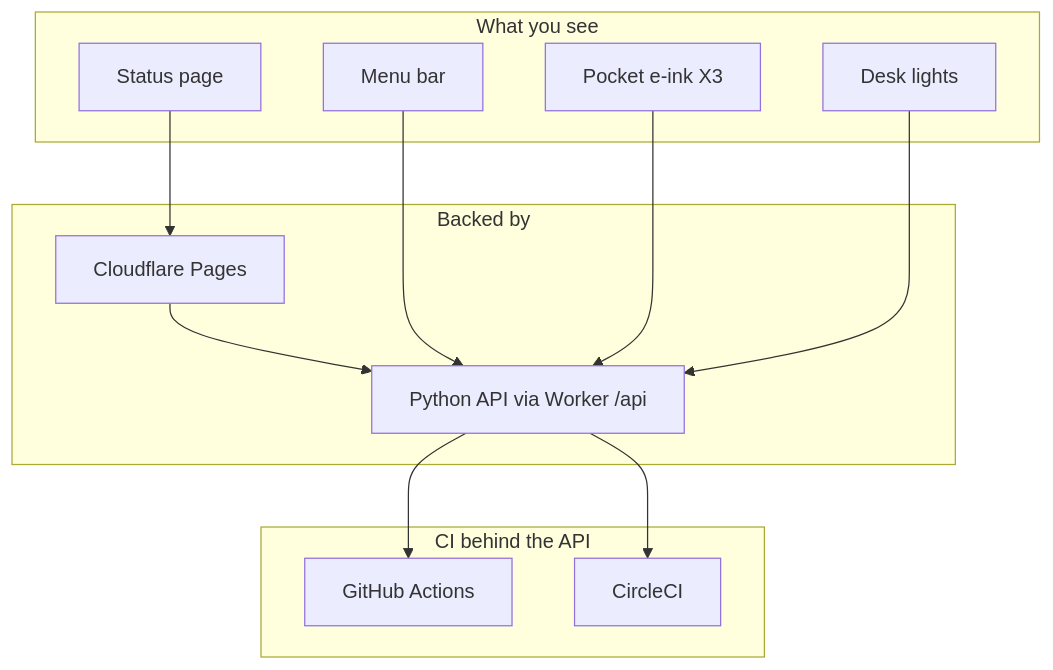
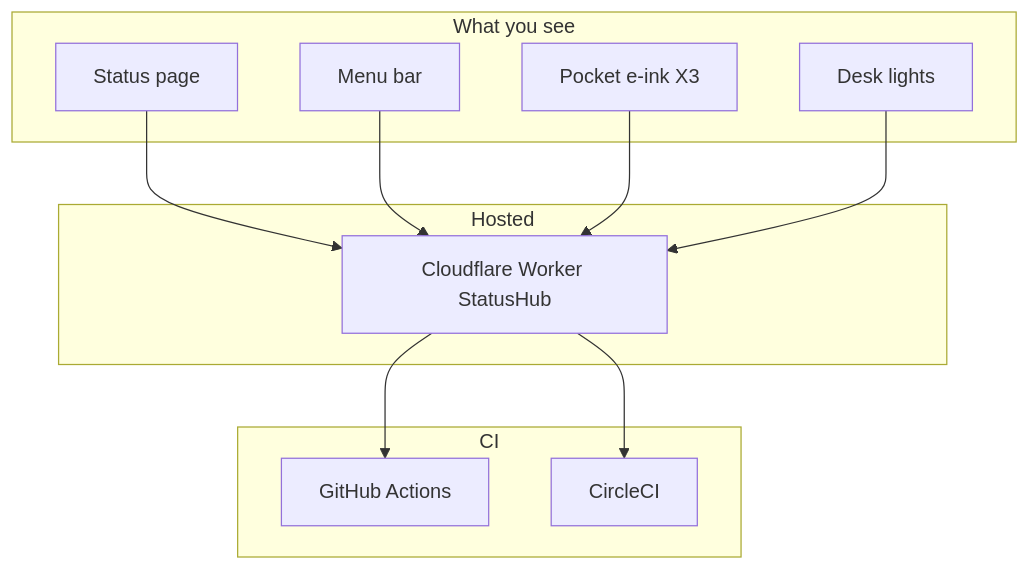
One commit to mzworthington/gpio-build-monitor changed the first of 3 diagrams in README.md. Above: the diagram before and after it, drawn with Mermaid. The commit also changed other lines of this file and 15 other files, not shown here.

````diff
--- a/README.md
+++ b/README.md
@@ -24,27 +24,25 @@
 ```mermaid
 flowchart TB
   subgraph see [What you see]
     WebUI[Status page]
     Mac[Menu bar]
     X3[Pocket e-ink X3]
     LEDs[Desk lights]
   end
 
-  subgraph hubs [Backed by]
-    Pages[Cloudflare Pages]
-    API[Python API via Worker /api]
+  subgraph hosted [Hosted]
+    Worker[Cloudflare Worker StatusHub]
   end
 
-  subgraph ci [CI behind the API]
+  subgraph ci [CI]
     GH[GitHub Actions]
     CCI[CircleCI]
   end
 
-  WebUI --> Pages
-  Pages --> API
-  Mac --> API
-  X3 --> API
-  LEDs --> API
-  API --> GH
-  API --> CCI
+  WebUI --> Worker
+  Mac --> Worker
+  X3 --> Worker
+  LEDs --> Worker
+  Worker --> GH
+  Worker --> CCI
 ```
````
